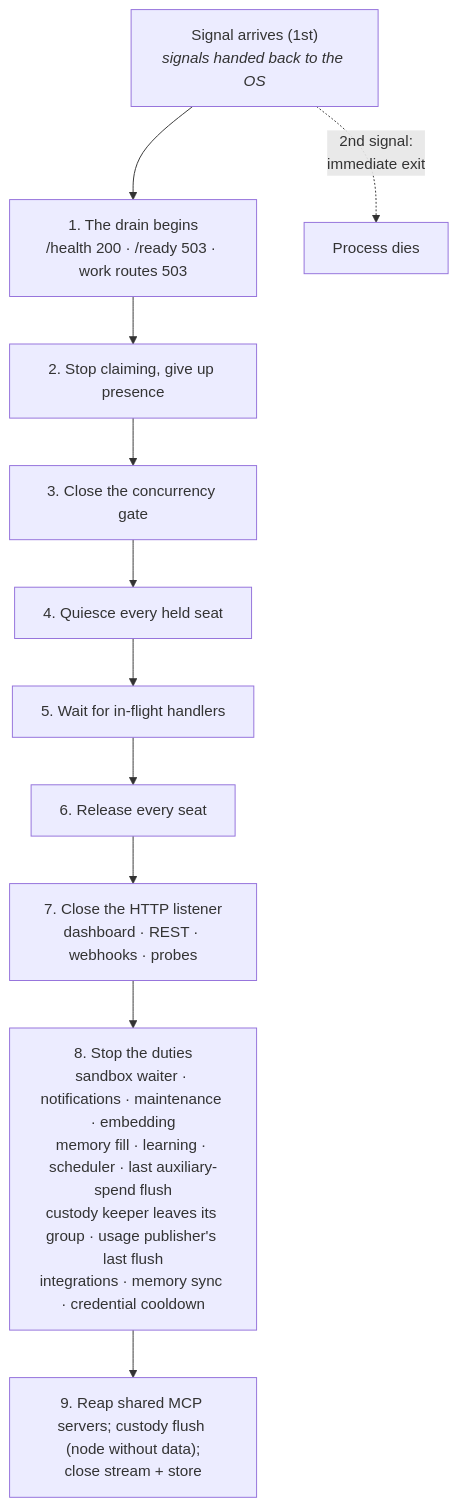
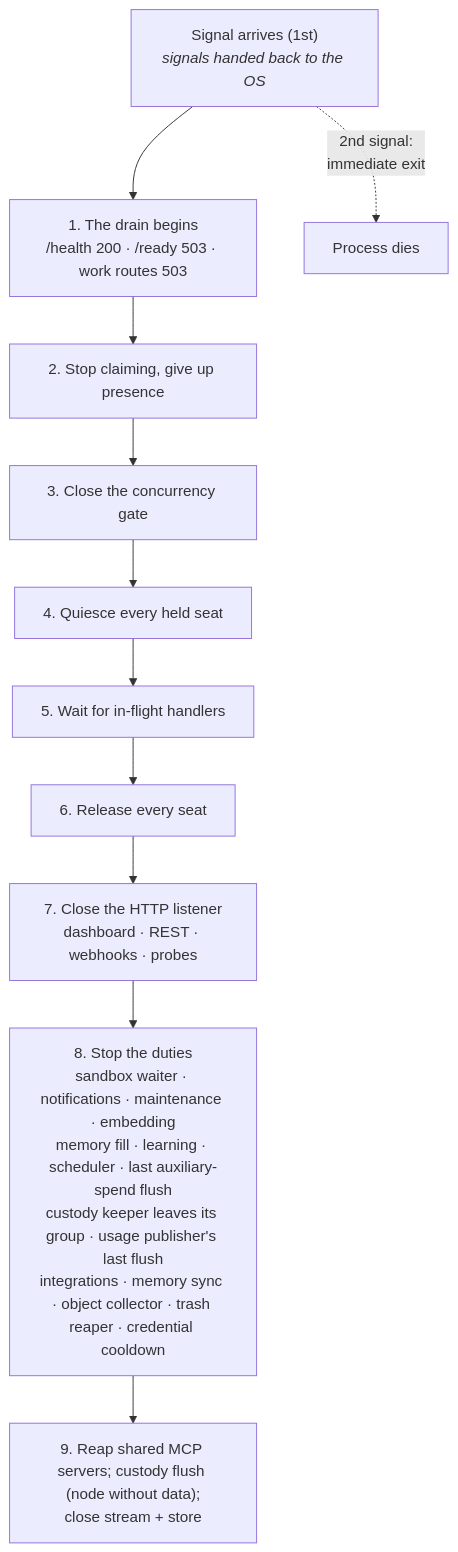
The fifth of 5 diagrams in docs/concepts/agent-runtime.md (crewlet/crewlet), drawn with Mermaid before and after one commit. The commit also changed other lines of this file and 6 other files, not shown here.

Commit message:
docs: document the trash reaper duty and the thirty day trash term

````diff
--- a/docs/concepts/agent-runtime.md
+++ b/docs/concepts/agent-runtime.md
@@ -460,14 +460,14 @@
 ```mermaid
 flowchart TD
     SIG["Signal arrives (1st)<br/><i>signals handed back to the OS</i>"] --> S1
     S1["1. The drain begins<br/>/health 200 · /ready 503 · work routes 503"] --> S2
     S2["2. Stop claiming, give up presence"] --> S3
     S3["3. Close the concurrency gate"] --> S4
     S4["4. Quiesce every held seat"] --> S5
     S5["5. Wait for in-flight handlers"] --> S6
     S6["6. Release every seat"] --> S7
     S7["7. Close the HTTP listener<br/>dashboard · REST · webhooks · probes"] --> S8
-    S8["8. Stop the duties<br/>sandbox waiter · notifications · maintenance · embedding<br/>memory fill · learning · scheduler · last auxiliary-spend flush<br/>custody keeper leaves its group · usage publisher's last flush<br/>integrations · memory sync · credential cooldown"] --> S9
+    S8["8. Stop the duties<br/>sandbox waiter · notifications · maintenance · embedding<br/>memory fill · learning · scheduler · last auxiliary-spend flush<br/>custody keeper leaves its group · usage publisher's last flush<br/>integrations · memory sync · object collector · trash reaper · credential cooldown"] --> S9
     S9["9. Reap shared MCP servers; custody flush (node without data);<br/>close stream + store"]
     SIG -.->|"2nd signal:<br/>immediate exit"| X["Process dies"]
 ```
````
